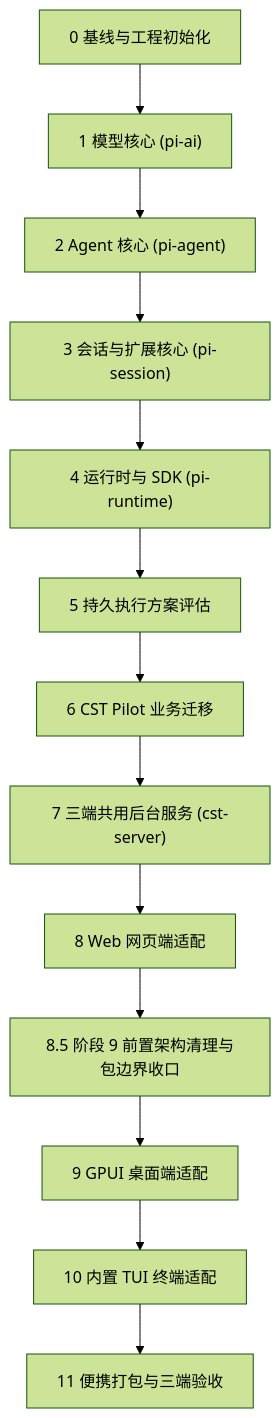
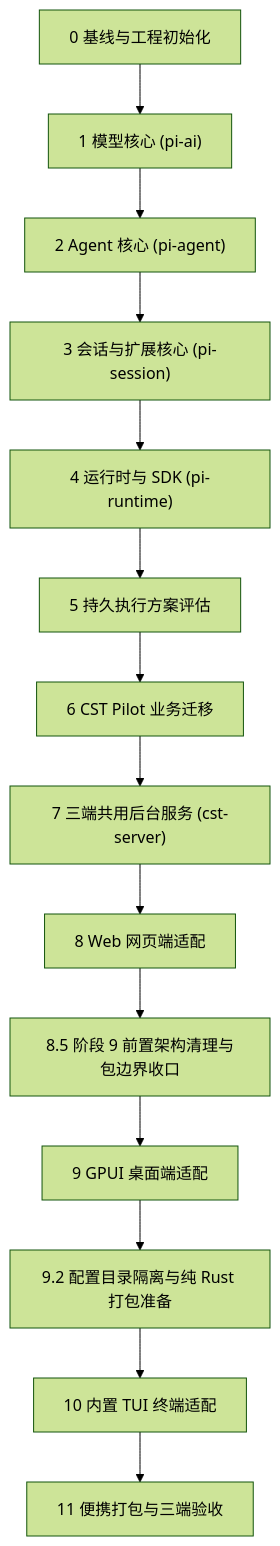
Before and after one commit to SCAU-Computer-Serving-Team/cst-pilot: the diagram in doc/rust/plan/0.PLAN.md, drawn with Mermaid (forest theme). The commit also changed other lines of this file and 10 other files, not shown here.

````diff
--- a/doc/rust/plan/0.PLAN.md
+++ b/doc/rust/plan/0.PLAN.md
@@ -27,15 +27,16 @@
 ```mermaid
 flowchart TD
     P0["0 基线与工程初始化"] --> P1["1 模型核心 (pi-ai)"]
     P1 --> P2["2 Agent 核心 (pi-agent)"]
     P2 --> P3["3 会话与扩展核心 (pi-session)"]
     P3 --> P4["4 运行时与 SDK (pi-runtime)"]
     P4 --> P5["5 持久执行方案评估"]
     P5 --> P6["6 CST Pilot 业务迁移"]
     P6 --> P7["7 三端共用后台服务 (cst-server)"]
     P7 --> P8["8 Web 网页端适配"]
     P8 --> P85["8.5 阶段 9 前置架构清理与包边界收口"]
     P85 --> P9["9 GPUI 桌面端适配"]
-    P9 --> P10["10 内置 TUI 终端适配"]
+    P9 --> P92["9.2 配置目录隔离与纯 Rust 打包准备"]
+    P92 --> P10["10 内置 TUI 终端适配"]
     P10 --> P11["11 便携打包与三端验收"]
 ```
````
